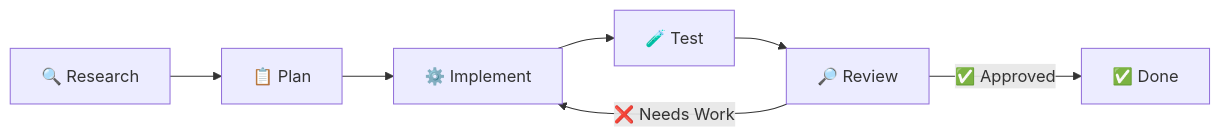
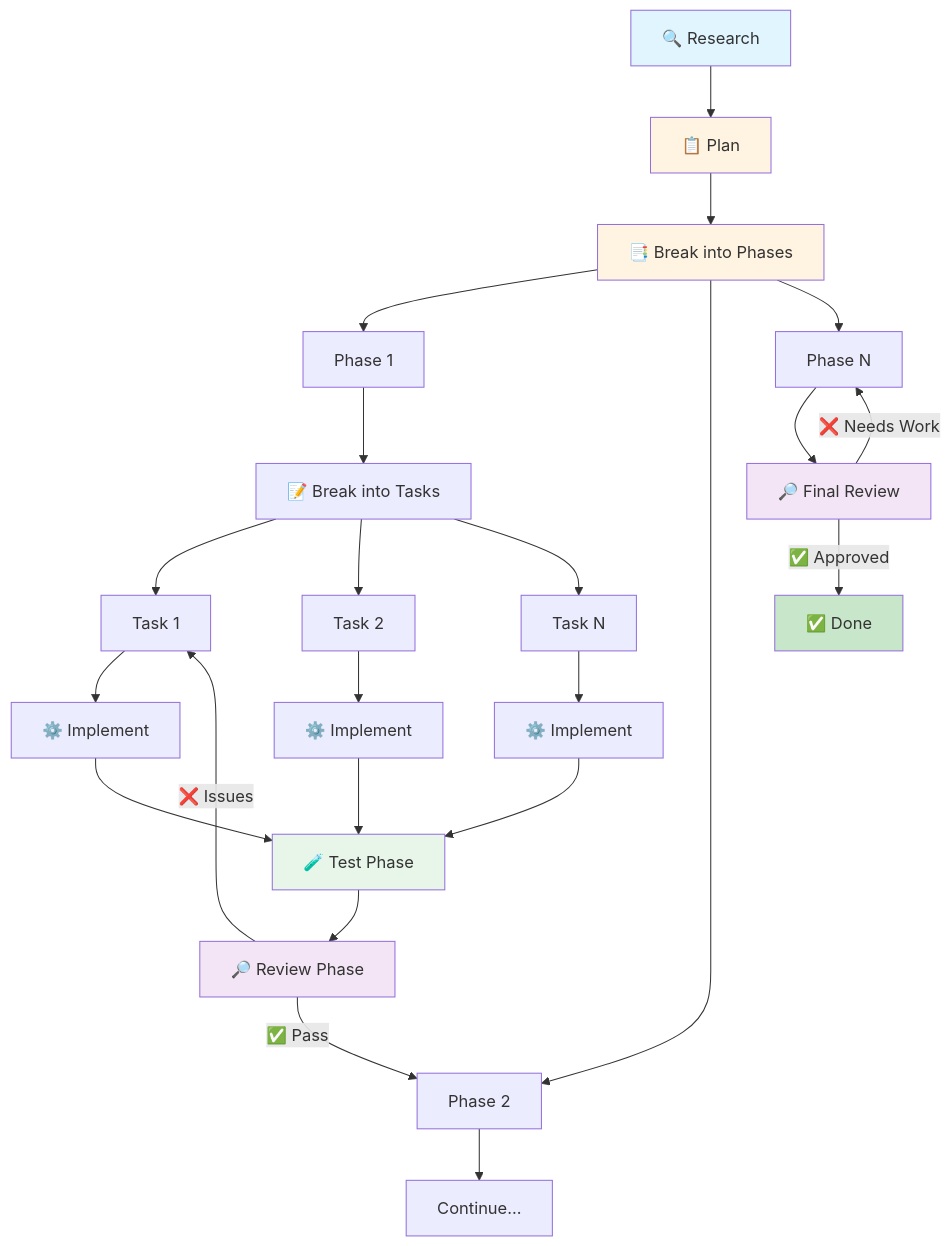
Before and after one commit to edTheGuy00/fdemon: the diagram in README.md, drawn with Mermaid. The commit also changed other lines of this file and 9 other files, not shown here.

````diff
--- a/README.md
+++ b/README.md
@@ -231,9 +231,38 @@
 ```mermaid
-flowchart LR
+flowchart TB
     Research["🔍 Research"] --> Plan["📋 Plan"]
-    Plan --> Implement["⚙️ Implement"]
-    Implement --> Test["🧪 Test"]
-    Test --> Review["🔎 Review"]
-    Review -->|"✅ Approved"| Done["✅ Done"]
-    Review -->|"❌ Needs Work"| Implement
+    Plan --> Breakdown["📑 Break into Phases"]
+    Breakdown --> Phase1["Phase 1"]
+    Breakdown --> Phase2["Phase 2"]
+    Breakdown --> PhaseN["Phase N"]
+    
+    Phase1 --> Tasks1["📝 Break into Tasks"]
+    Tasks1 --> Task1A["Task 1"]
+    Tasks1 --> Task1B["Task 2"]
+    Tasks1 --> Task1C["Task N"]
+    
+    Task1A --> Impl1A["⚙️ Implement"]
+    Task1B --> Impl1B["⚙️ Implement"]
+    Task1C --> Impl1C["⚙️ Implement"]
+    
+    Impl1A --> PhaseTest1["🧪 Test Phase"]
+    Impl1B --> PhaseTest1
+    Impl1C --> PhaseTest1
+    
+    PhaseTest1 --> PhaseReview1["🔎 Review Phase"]
+    PhaseReview1 -->|"✅ Pass"| Phase2
+    PhaseReview1 -->|"❌ Issues"| Task1A
+    
+    Phase2 --> NextPhase["Continue..."]
+    PhaseN --> FinalReview["🔎 Final Review"]
+    FinalReview -->|"✅ Approved"| Done["✅ Done"]
+    FinalReview -->|"❌ Needs Work"| PhaseN
+    
+    style Research fill:#e1f5ff
+    style Plan fill:#fff4e1
+    style Breakdown fill:#fff4e1
+    style PhaseTest1 fill:#e8f5e9
+    style PhaseReview1 fill:#f3e5f5
+    style FinalReview fill:#f3e5f5
+    style Done fill:#c8e6c9
 ```
````
